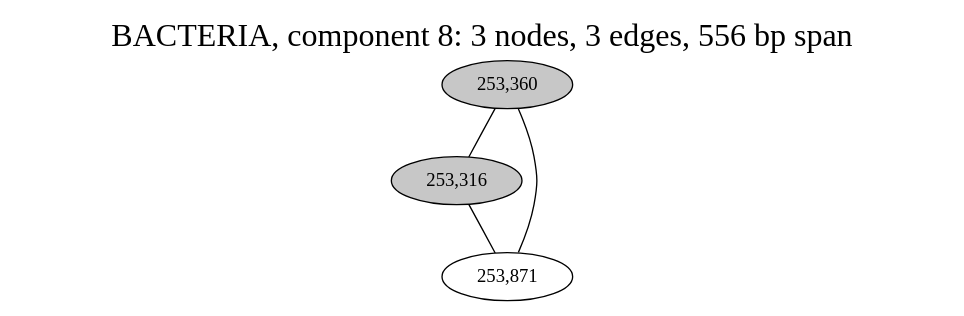
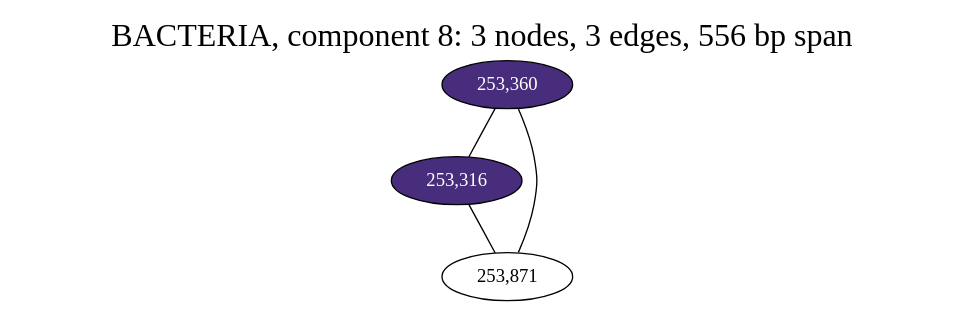
The diagram in notebooks/graphs/BACTERIA_cc8.gv (fedarko/sheepgut), drawn with Graphviz before and after one commit. The commit also changed 64 other files, not shown here.

Commit message:
use viridis for gene colors in LM graphs

```diff
--- a/notebooks/graphs/BACTERIA_cc8.gv
+++ b/notebooks/graphs/BACTERIA_cc8.gv
@@ -1,13 +1,13 @@
 graph BACTERIA_cc8 {
 	overlap="prism50";
 	outputorder="edgesfirst";
 	label="BACTERIA, component 8: 3 nodes, 3 edges, 556 bp span";
 	labelloc="t";
 	fontsize=24;
-	"253,360" [style="filled", fillcolor="#c7c7c7", fontcolor="#000000"];
-	"253,316" [style="filled", fillcolor="#c7c7c7", fontcolor="#000000"];
+	"253,360" [style="filled", fillcolor="#472d7b", fontcolor="#ffffff"];
+	"253,316" [style="filled", fillcolor="#472d7b", fontcolor="#ffffff"];
 	"253,871" [style="filled", fillcolor="#ffffff", fontcolor="#000000"];
 	"253,360" -- "253,316";
 	"253,360" -- "253,871";
 	"253,316" -- "253,871";
 }
```
